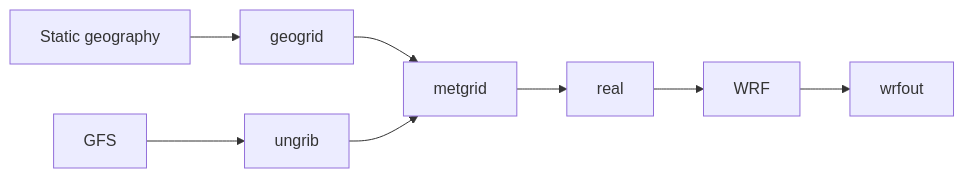
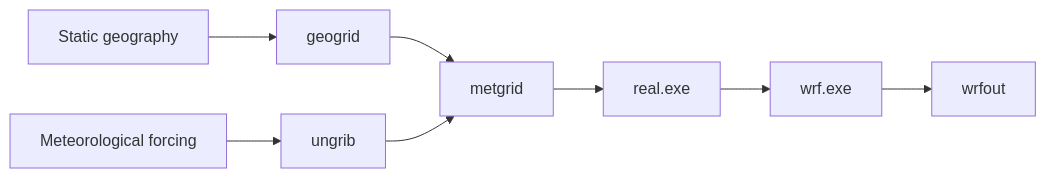
Before and after one commit to YONGHUNI/wrfkit: the diagram in docs/tutorials/first-run.md, drawn with Mermaid. The commit also changed other lines of this file, not shown here.

````diff
--- a/docs/tutorials/first-run.md
+++ b/docs/tutorials/first-run.md
@@ -278,10 +284,10 @@
 ```mermaid
 flowchart LR
     G["Static geography"] --> GEO["geogrid"]
-    F["GFS"] --> U["ungrib"]
+    F["Meteorological forcing"] --> U["ungrib"]
     GEO --> M["metgrid"]
     U --> M
-    M --> R["real"]
-    R --> W["WRF"]
+    M --> R["real.exe"]
+    R --> W["wrf.exe"]
     W --> O["wrfout"]
 ```
````
